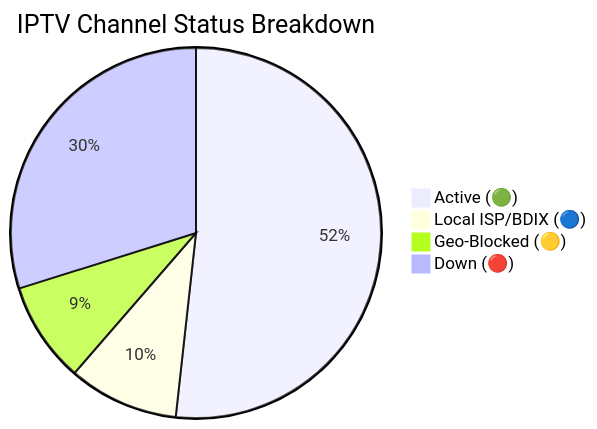
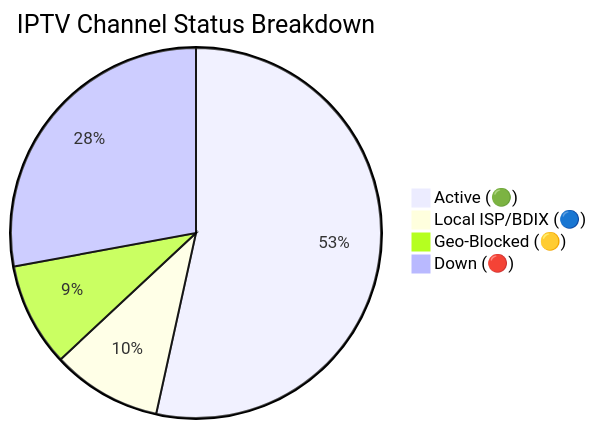
One commit to f6388600-ai/Web changed the diagram in README.md. Above: the diagram before and after it, drawn with Mermaid. The commit also changed other lines of this file and 6 other files, not shown here.

````diff
--- a/README.md
+++ b/README.md
@@ -149,7 +149,7 @@
 ```mermaid
 pie title IPTV Channel Status Breakdown
-    "Active (🟢)" : 8925
-    "Local ISP/BDIX (🔵)" : 1660
-    "Geo-Blocked (🟡)" : 1516
-    "Down (🔴)" : 5146
+    "Active (🟢)" : 9223
+    "Local ISP/BDIX (🔵)" : 1656
+    "Geo-Blocked (🟡)" : 1561
+    "Down (🔴)" : 4815
 ```
````
